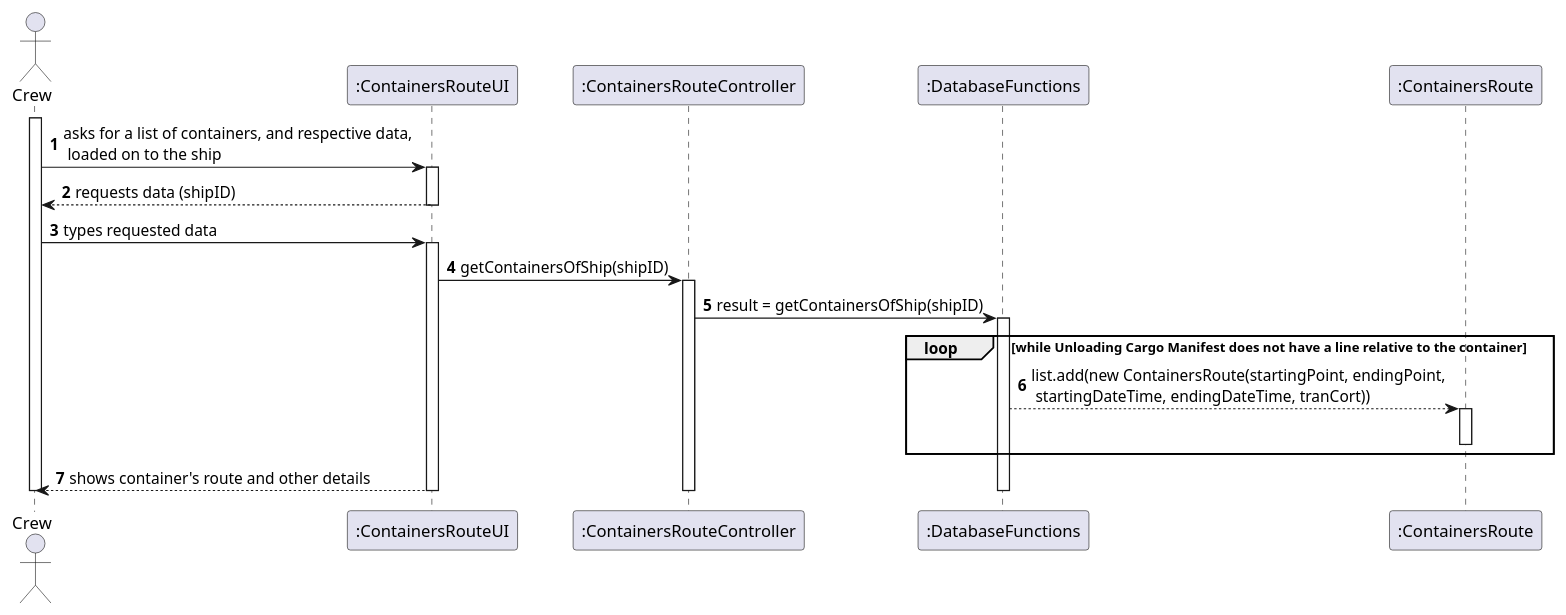
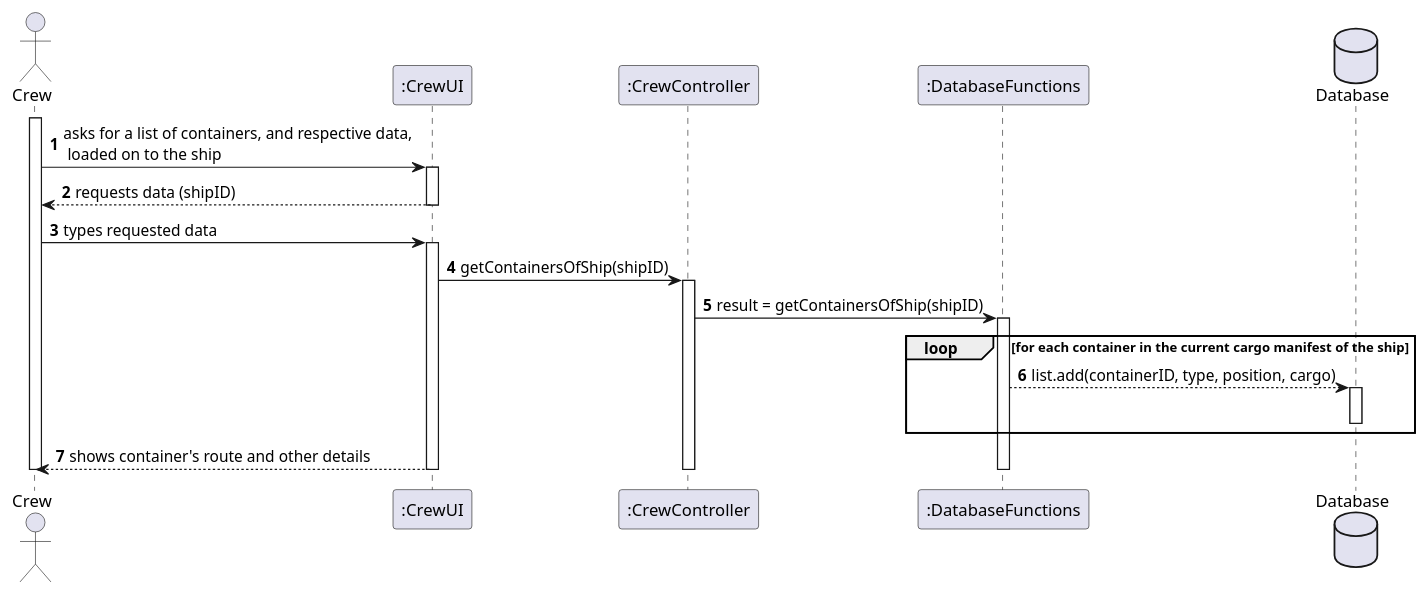
One commit to 1190772/LAB-Project-3 changed the diagram in docs/Sprint 3/US/US311/US311_SD.puml. Above: the diagram before and after it, drawn with PlantUML. The commit also changed 5 other files, not shown here.

```diff
--- a/docs/Sprint 3/US/US311/US311_SD.puml
+++ b/docs/Sprint 3/US/US311/US311_SD.puml
@@ -1,46 +1,46 @@
 @startuml
 'https://plantuml.com/class-diagram
 
 autonumber
 
 actor "Crew" as C
 
-participant ":ContainersRouteUI" as UI
-participant ":ContainersRouteController" as CTRL
+participant ":CrewUI" as UI
+participant ":CrewController" as CTRL
 participant ":DatabaseFunctions" as DBF
-participant ":ContainersRoute" as CR
+Database Database as DB
 
 activate C
 C -> UI : asks for a list of containers, and respective data,\n loaded on to the ship
 
 activate UI
 UI --> C : requests data (shipID)
 deactivate UI
 
 C -> UI : types requested data
 activate UI
 
 
 
 UI -> CTRL : getContainersOfShip(shipID)
 
 activate CTRL
 
 CTRL -> DBF : result = getContainersOfShip(shipID)
 activate DBF
 
-loop while Unloading Cargo Manifest does not have a line relative to the container
+loop for each container in the current cargo manifest of the ship
 
-    DBF --> CR : list.add(new ContainersRoute(startingPoint, endingPoint,\n startingDateTime, endingDateTime, tranCort))
-    activate CR
-    deactivate CR
+    DBF --> DB : list.add(containerID, type, position, cargo)
+    activate DB
+    deactivate DB
 end
 
 "UI" --> C : shows container's route and other details
 
 deactivate DBF
 deactivate CTRL
 deactivate UI
 deactivate C
 
 @enduml
```
